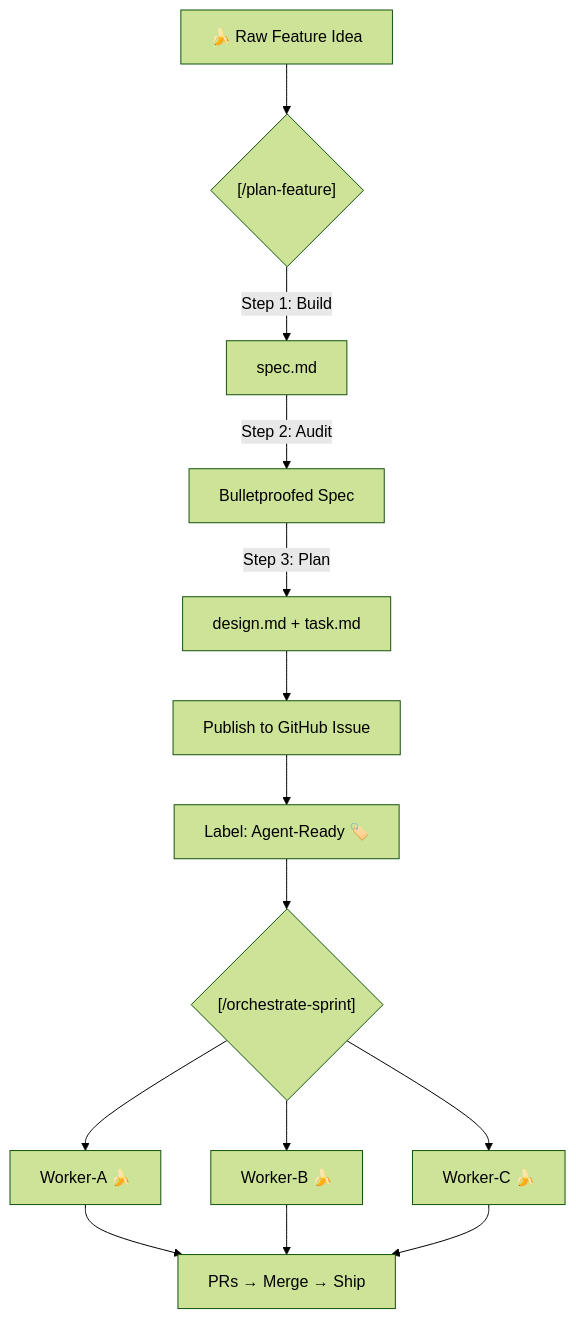
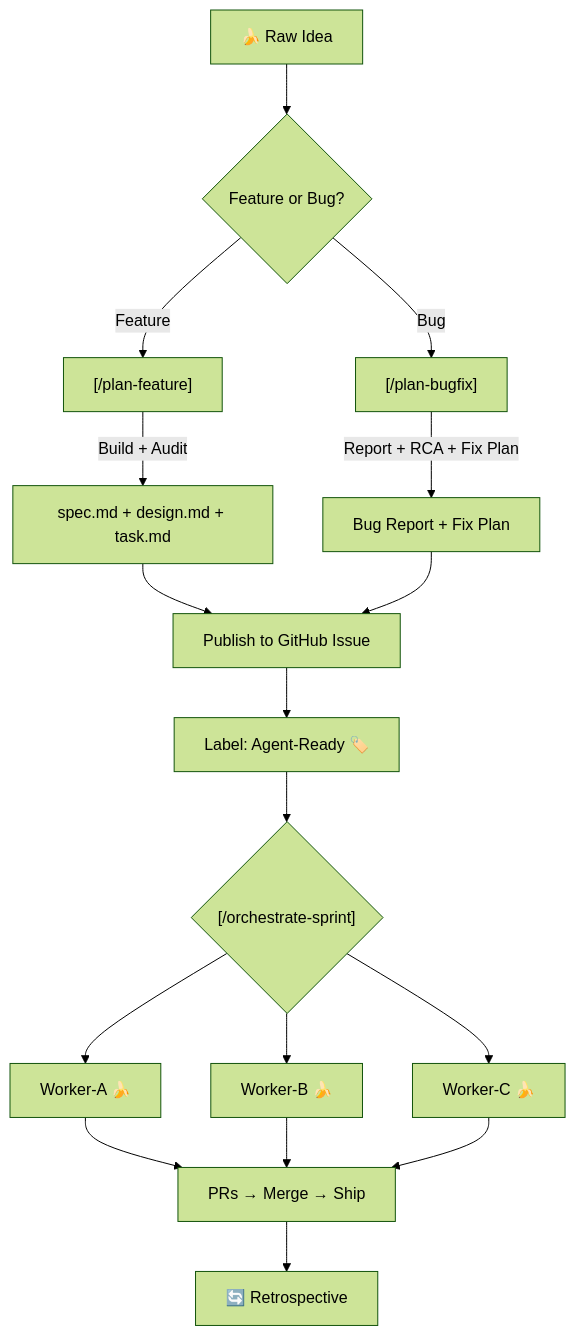
Before and after one commit to illya-naumov/minions: the first of 2 diagrams in README.md, drawn with Mermaid (forest theme). The commit also changed other lines of this file and 5 other files, not shown here.

First line of the commit message:
feat: sync with production workflows  add plan-bugfix, self-improvement retrospectives, deployment gates

````diff
--- a/README.md
+++ b/README.md
@@ -37,14 +38,16 @@
 ```mermaid
 flowchart TD
-    A[🍌 Raw Feature Idea] --> B{"[/plan-feature]"}
-    B -->|Step 1: Build| C[spec.md]
-    C -->|Step 2: Audit| D[Bulletproofed Spec]
-    D -->|Step 3: Plan| E[design.md + task.md]
-    E --> F[Publish to GitHub Issue]
-    F --> G["Label: Agent-Ready 🏷️"]
-    G --> H{"[/orchestrate-sprint]"}
-    H --> I["Worker-A 🍌"]
-    H --> J["Worker-B 🍌"]
-    H --> K["Worker-C 🍌"]
-    I & J & K --> L[PRs → Merge → Ship]
+    A[🍌 Raw Idea] --> B{Feature or Bug?}
+    B -->|Feature| C["[/plan-feature]"]
+    B -->|Bug| D["[/plan-bugfix]"]
+    C -->|Build + Audit| E[spec.md + design.md + task.md]
+    D -->|Report + RCA + Fix Plan| F[Bug Report + Fix Plan]
+    E & F --> G[Publish to GitHub Issue]
+    G --> H["Label: Agent-Ready 🏷️"]
+    H --> I{"[/orchestrate-sprint]"}
+    I --> J["Worker-A 🍌"]
+    I --> K["Worker-B 🍌"]
+    I --> L["Worker-C 🍌"]
+    J & K & L --> M[PRs → Merge → Ship]
+    M --> N["🔄 Retrospective"]
 ```
````
